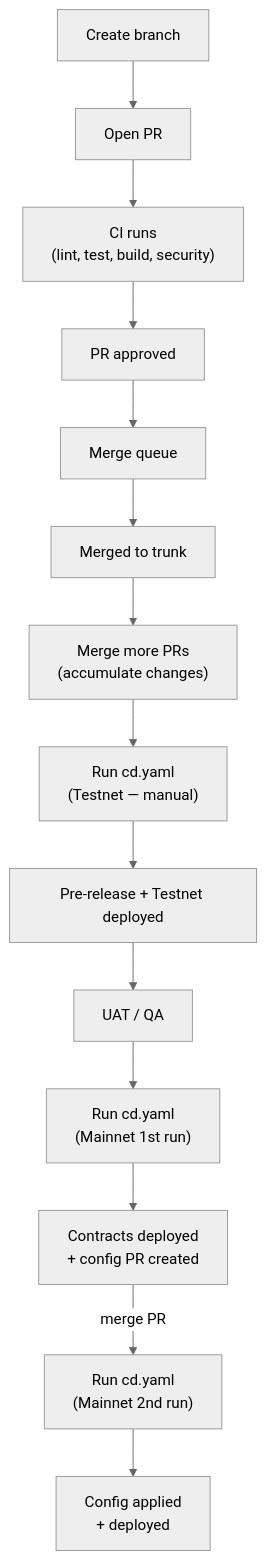
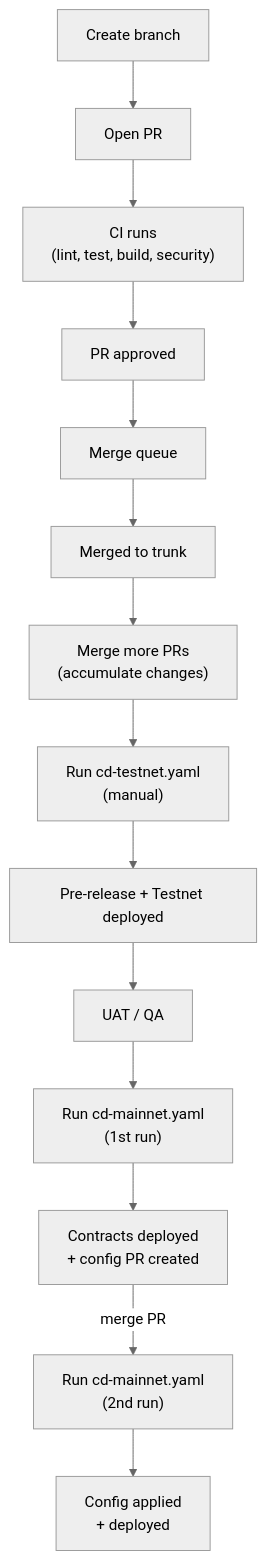
Before and after one commit to tresr-community/tresr-game: the third of 3 diagrams in docs/ci-cd.md, drawn with Mermaid (neutral theme). The commit also changed other lines of this file and 10 other files, not shown here.

````diff
--- a/docs/ci-cd.md
+++ b/docs/ci-cd.md
@@ -53,16 +53,16 @@
 ```mermaid
 graph TD
     A["Create branch"] --> B["Open PR"]
     B --> C["CI runs </br> (lint, test, build, security)"]
     C --> D["PR approved"]
     D --> E["Merge queue"]
     E --> F["Merged to trunk"]
     F --> G["Merge more PRs </br> (accumulate changes)"]
-    G --> H["Run cd.yaml </br> (Testnet — manual)"]
+    G --> H["Run cd-testnet.yaml </br> (manual)"]
     H --> I["Pre-release + Testnet deployed"]
     I --> J["UAT / QA"]
-    J --> K["Run cd.yaml </br> (Mainnet 1st run)"]
+    J --> K["Run cd-mainnet.yaml </br> (1st run)"]
     K --> L["Contracts deployed </br> + config PR created"]
-    L -->|merge PR| M["Run cd.yaml </br> (Mainnet 2nd run)"]
+    L -->|merge PR| M["Run cd-mainnet.yaml </br> (2nd run)"]
     M --> N["Config applied </br> + deployed"]
 ```
````
